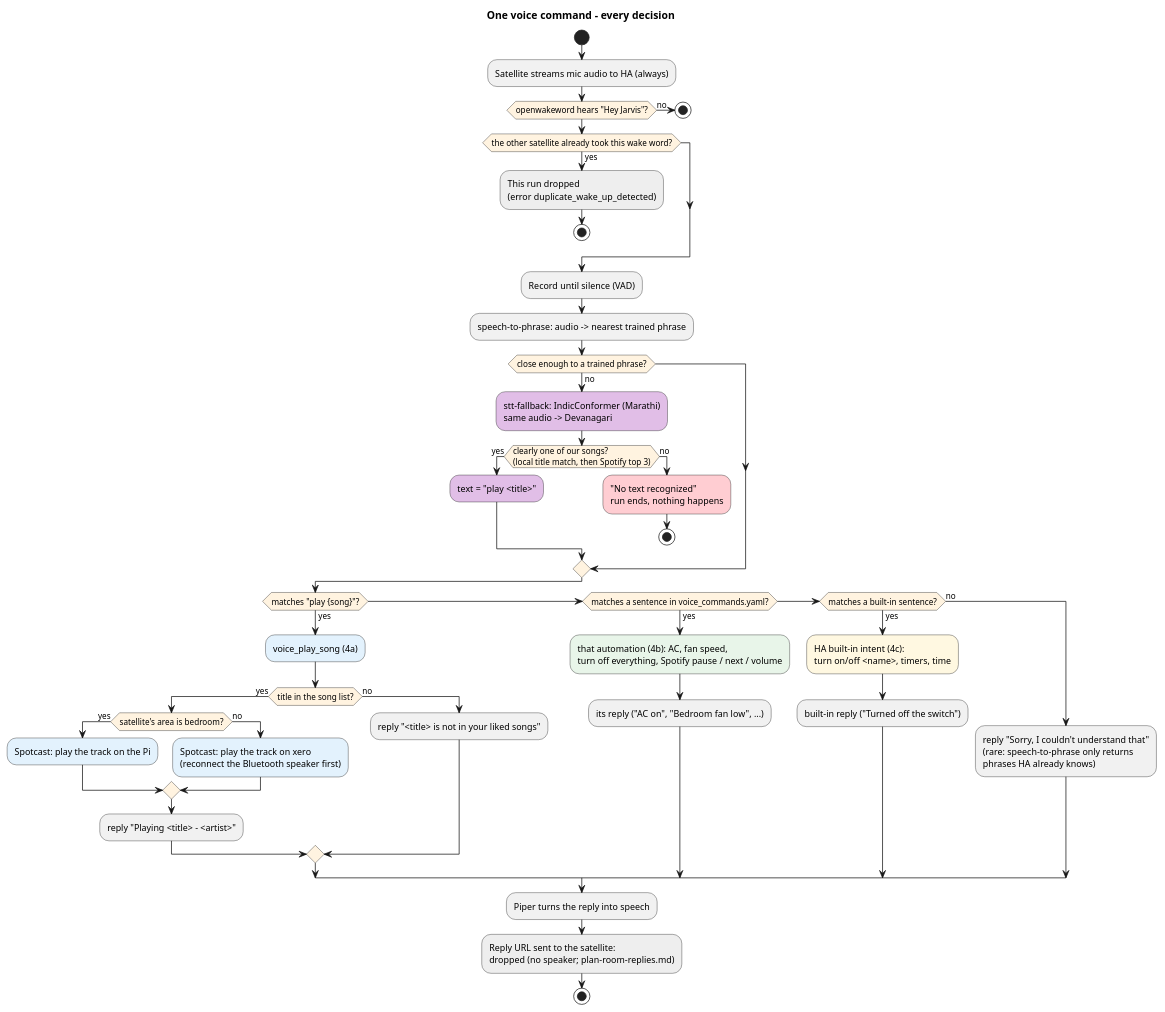
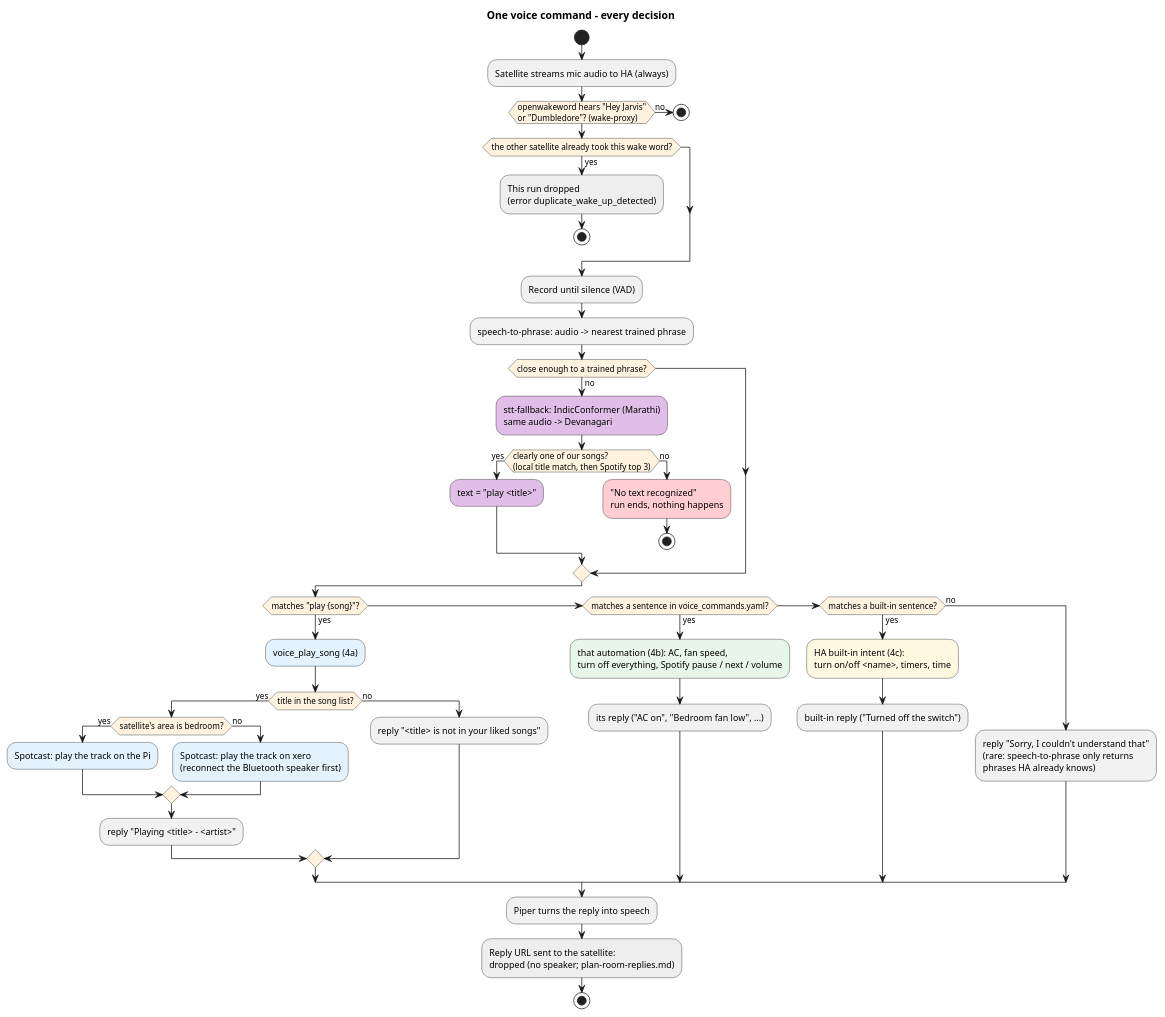
One commit to pjangam/homelab changed the diagram in projects/voice-assistant/intent_routing.puml. Above: the diagram before and after it, drawn with PlantUML. The commit also changed 11 other files, not shown here.

Commit message:
voice: Dumbledore live next to Hey Jarvis via wake-proxy (Wyoming proxy adds the extra word, reports it as the one HA asked for); openwakeword moves to 10401

```diff
--- a/projects/voice-assistant/intent_routing.puml
+++ b/projects/voice-assistant/intent_routing.puml
@@ -1,63 +1,63 @@
 @startuml
 ' Which way one voice command goes: every decision between "Hey Jarvis"
 ' and what you hear. Render: projects/voice-assistant/render_architecture.sh
 title One voice command - every decision
 
 skinparam shadowing false
 skinparam defaultFontName Helvetica
 skinparam ActivityDiamondBackgroundColor #FFF3E0
 
 start
 :Satellite streams mic audio to HA (always);
-if (openwakeword hears "Hey Jarvis"?) then (no)
+if (openwakeword hears "Hey Jarvis"\nor "Dumbledore"? (wake-proxy)) then (no)
   stop
 endif
 if (the other satellite already took this wake word?) then (yes)
   #EEEEEE:This run dropped
   (error duplicate_wake_up_detected);
   stop
 endif
 :Record until silence (VAD);
 :speech-to-phrase: audio -> nearest trained phrase;
 if (close enough to a trained phrase?) then (no)
   #E1BEE7:stt-fallback: IndicConformer (Marathi)
   same audio -> Devanagari;
   if (clearly one of our songs?\n(local title match, then Spotify top 3)) then (yes)
     #E1BEE7:text = "play <title>";
   else (no)
     #FFCDD2:"No text recognized"
     run ends, nothing happens;
     stop
   endif
 endif
 if (matches "play {song}"?) then (yes)
   #E3F2FD:voice_play_song (4a);
   if (title in the song list?) then (yes)
     if (satellite's area is bedroom?) then (yes)
       #E3F2FD:Spotcast: play the track on the Pi;
     else (no)
       #E3F2FD:Spotcast: play the track on xero
       (reconnect the Bluetooth speaker first);
     endif
     :reply "Playing <title> - <artist>";
   else (no)
     :reply "<title> is not in your liked songs";
   endif
 elseif (matches a sentence in voice_commands.yaml?) then (yes)
   #E8F5E9:that automation (4b): AC, fan speed,
   turn off everything, Spotify pause / next / volume;
   :its reply ("AC on", "Bedroom fan low", ...);
 elseif (matches a built-in sentence?) then (yes)
   #FFF8E1:HA built-in intent (4c):
   turn on/off <name>, timers, time;
   :built-in reply ("Turned off the switch");
 else (no)
   :reply "Sorry, I couldn't understand that"
   (rare: speech-to-phrase only returns
   phrases HA already knows);
 endif
 :Piper turns the reply into speech;
 #EEEEEE:Reply URL sent to the satellite:
 dropped (no speaker; plan-room-replies.md);
 stop
 @enduml
```
